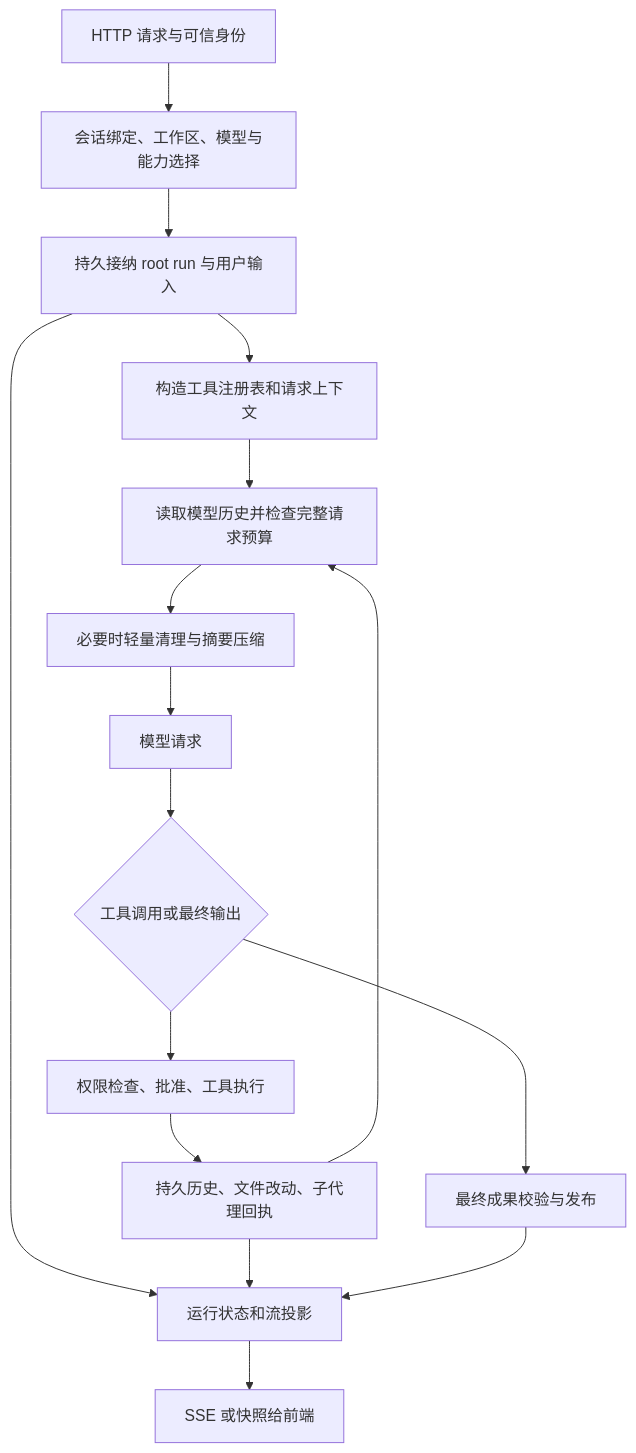
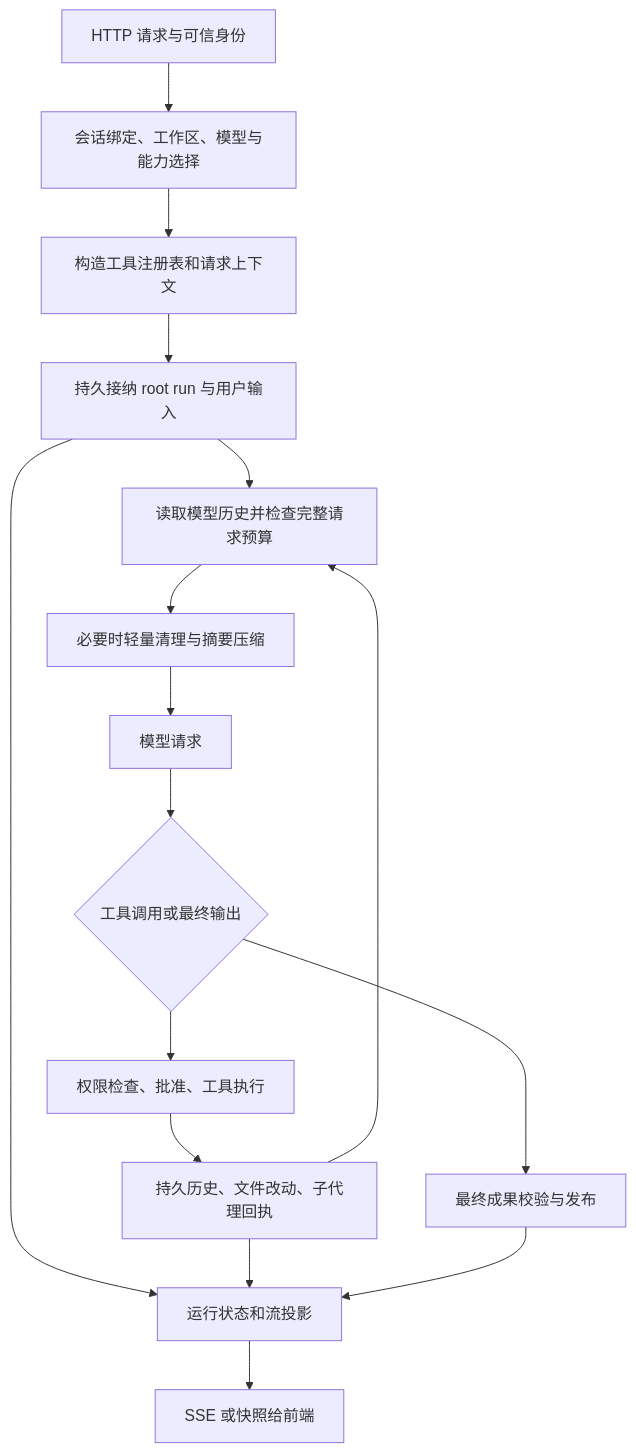
The diagram in docs/runtime-guide.md (HJ-uncle/ai-agent-engine), drawn with Mermaid before and after one commit. The commit also changed other lines of this file and 400 other files, not shown here.

````diff
--- a/docs/runtime-guide.md
+++ b/docs/runtime-guide.md
@@ -7,18 +7,18 @@
 ```mermaid
 flowchart TD
   A[HTTP 请求与可信身份] --> B[会话绑定、工作区、模型与能力选择]
-  B --> C[持久接纳 root run 与用户输入]
-  C --> D[构造工具注册表和请求上下文]
-  D --> E[读取模型历史并检查完整请求预算]
+  B --> D[构造工具注册表和请求上下文]
+  D --> C[持久接纳 root run 与用户输入]
+  C --> E[读取模型历史并检查完整请求预算]
   E --> F[必要时轻量清理与摘要压缩]
   F --> G[模型请求]
   G --> H{工具调用或最终输出}
   H --> I[权限检查、批准、工具执行]
   I --> J[持久历史、文件改动、子代理回执]
   J --> E
   H --> K[最终成果校验与发布]
   C --> L[运行状态和流投影]
   J --> L
   K --> L
   L --> M[SSE 或快照给前端]
 ```
````
